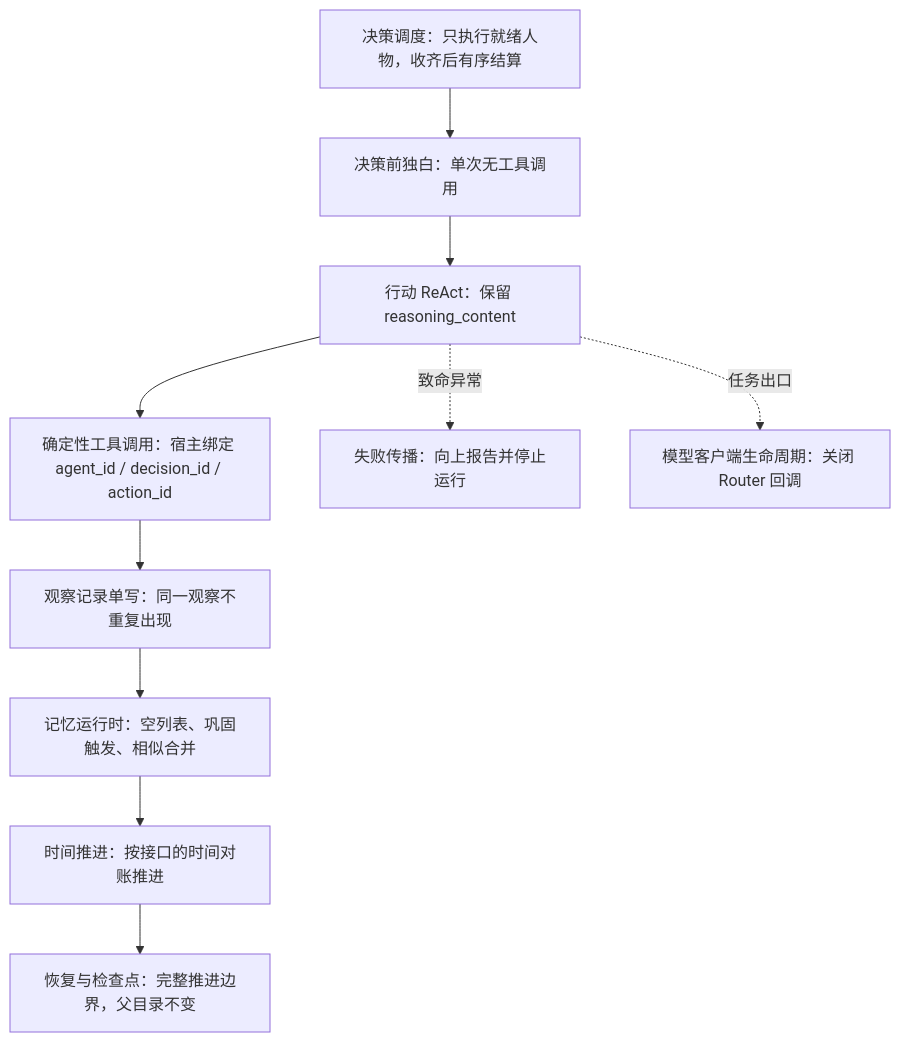
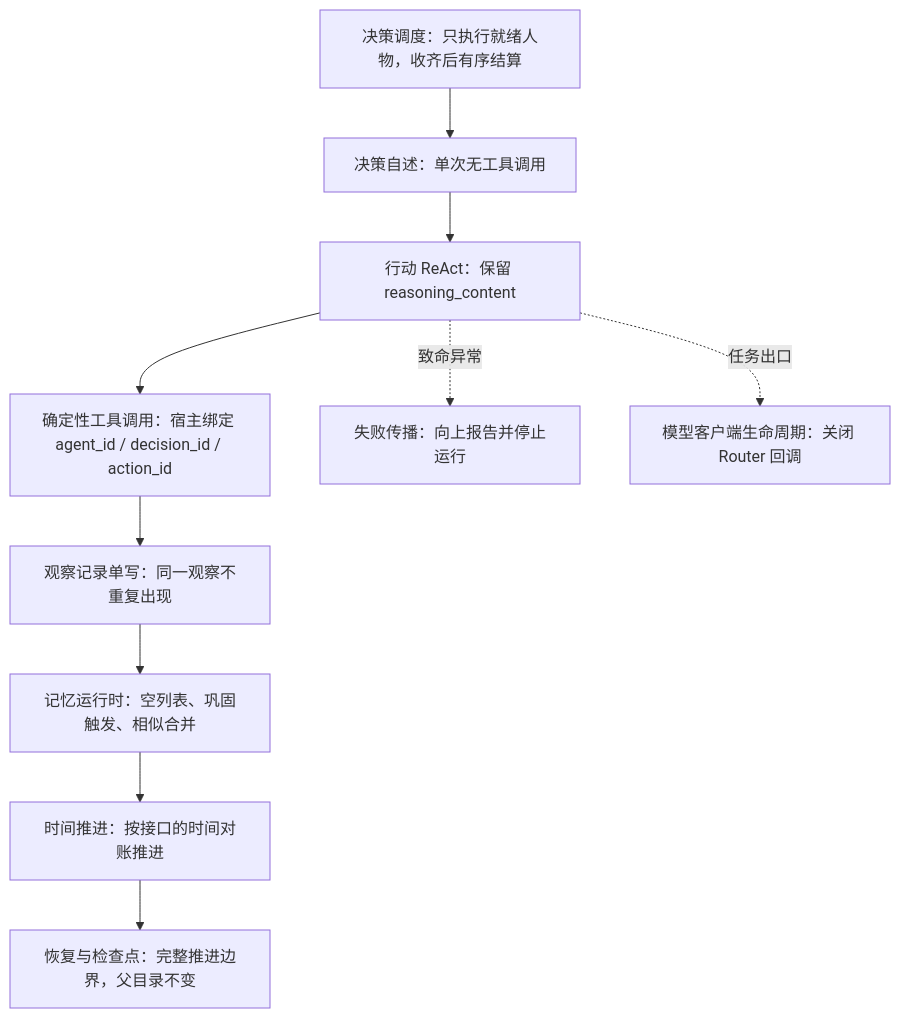
One commit to HoldThatThgt/WorldMock changed the diagram in docs/dev/SPEC-as2-integration.md. Above: the diagram before and after it, drawn with Mermaid. The commit also changed other lines of this file and 49 other files, not shown here.

````diff
--- a/docs/dev/SPEC-as2-integration.md
+++ b/docs/dev/SPEC-as2-integration.md
@@ -56,12 +56,12 @@
 ```mermaid
 flowchart TD
-    S[决策调度：只执行就绪人物，收齐后有序结算] --> MONO[决策前独白：单次无工具调用]
+    S[决策调度：只执行就绪人物，收齐后有序结算] --> MONO[决策自述：单次无工具调用]
     MONO --> ACT[行动 ReAct：保留 reasoning_content]
     ACT --> TOOL[确定性工具调用：宿主绑定 agent_id / decision_id / action_id]
     TOOL --> MSG[观察记录单写：同一观察不重复出现]
     MSG --> MEM[记忆运行时：空列表、巩固触发、相似合并]
     MEM --> ADV[时间推进：按接口的时间对账推进]
     ADV --> CK[恢复与检查点：完整推进边界，父目录不变]
     ACT -.致命异常.-> FAIL[失败传播：向上报告并停止运行]
     ACT -.任务出口.-> LIFE[模型客户端生命周期：关闭 Router 回调]
 ```
````
